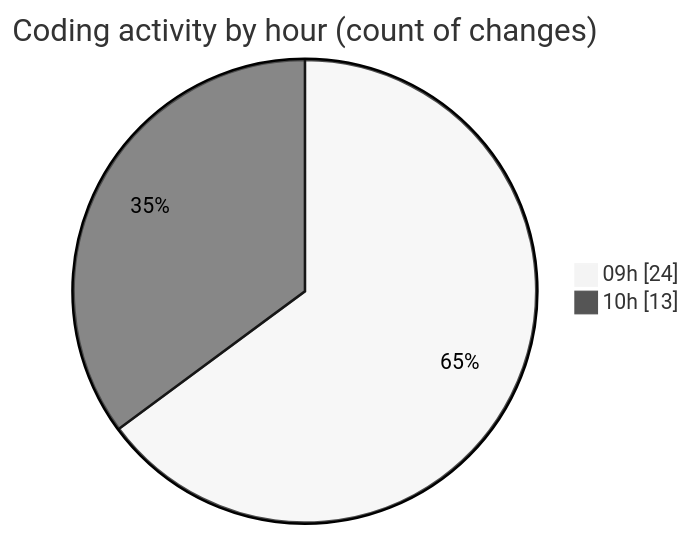
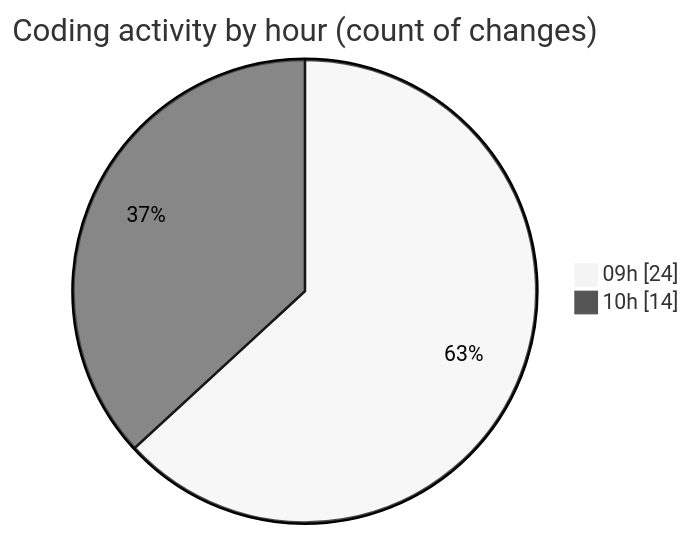
Before and after one commit to momahboobian/code-tracking: the second of 2 diagrams in 2026-02-09/cda/README.md, drawn with Mermaid (neutral theme). The commit also changed other lines of this file and 1 other file, not shown here.

````diff
--- a/2026-02-09/cda/README.md
+++ b/2026-02-09/cda/README.md
@@ -47,6 +47,6 @@
 ```mermaid
 pie showData
 title Coding activity by hour (count of changes)
 "09h" : 24
-"10h" : 13
+"10h" : 14
 ```
````
